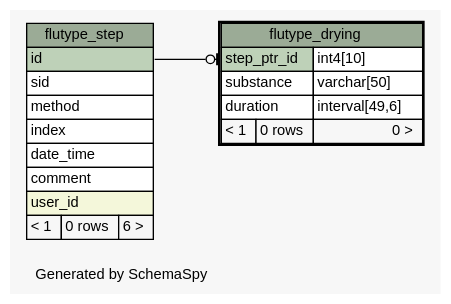
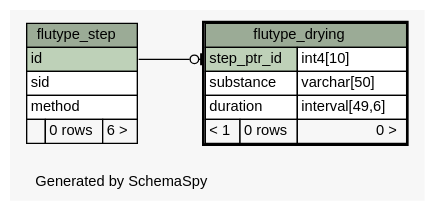
Before and after one commit to janekg89/flutype_webapp: the diagram in docs/schema/diagrams/flutype_drying.1degree.dot, drawn with Graphviz. The commit also changed 137 other files, not shown here.

```diff
--- a/docs/schema/diagrams/flutype_drying.1degree.dot
+++ b/docs/schema/diagrams/flutype_drying.1degree.dot
@@ -1,51 +1,47 @@
 // dot 2.38.0 on Linux 4.10.0-27-generic
 // SchemaSpy rev 590
 digraph "oneDegreeRelationshipsDiagram" {
   graph [
     rankdir="RL"
     bgcolor="#f7f7f7"
     label="\nGenerated by SchemaSpy"
     labeljust="l"
     nodesep="0.18"
     ranksep="0.46"
     fontname="Helvetica"
     fontsize="11"
   ];
   node [
     fontname="Helvetica"
     fontsize="11"
     shape="plaintext"
   ];
   edge [
     arrowsize="0.8"
   ];
   "flutype_drying":"step_ptr_id":w -> "flutype_step":"id":e [arrowhead=none dir=back arrowtail=teeodot];
   "flutype_drying" [
     label=<
     <TABLE BORDER="2" CELLBORDER="1" CELLSPACING="0" BGCOLOR="#ffffff">
       <TR><TD COLSPAN="3" BGCOLOR="#9bab96" ALIGN="CENTER">flutype_drying</TD></TR>
       <TR><TD PORT="step_ptr_id" COLSPAN="2" BGCOLOR="#bed1b8" ALIGN="LEFT">step_ptr_id</TD><TD PORT="step_ptr_id.type" ALIGN="LEFT">int4[10]</TD></TR>
       <TR><TD PORT="substance" COLSPAN="2" ALIGN="LEFT">substance</TD><TD PORT="substance.type" ALIGN="LEFT">varchar[50]</TD></TR>
       <TR><TD PORT="duration" COLSPAN="2" ALIGN="LEFT">duration</TD><TD PORT="duration.type" ALIGN="LEFT">interval[49,6]</TD></TR>
       <TR><TD ALIGN="LEFT" BGCOLOR="#f7f7f7">&lt; 1</TD><TD ALIGN="RIGHT" BGCOLOR="#f7f7f7">0 rows</TD><TD ALIGN="RIGHT" BGCOLOR="#f7f7f7">0 &gt;</TD></TR>
     </TABLE>>
     URL="flutype_drying.html"
     tooltip="flutype_drying"
   ];
   "flutype_step" [
     label=<
     <TABLE BORDER="0" CELLBORDER="1" CELLSPACING="0" BGCOLOR="#ffffff">
       <TR><TD COLSPAN="3" BGCOLOR="#9bab96" ALIGN="CENTER">flutype_step</TD></TR>
       <TR><TD PORT="id" COLSPAN="3" BGCOLOR="#bed1b8" ALIGN="LEFT">id</TD></TR>
       <TR><TD PORT="sid" COLSPAN="3" ALIGN="LEFT">sid</TD></TR>
       <TR><TD PORT="method" COLSPAN="3" ALIGN="LEFT">method</TD></TR>
-      <TR><TD PORT="index" COLSPAN="3" ALIGN="LEFT">index</TD></TR>
-      <TR><TD PORT="date_time" COLSPAN="3" ALIGN="LEFT">date_time</TD></TR>
-      <TR><TD PORT="comment" COLSPAN="3" ALIGN="LEFT">comment</TD></TR>
-      <TR><TD PORT="user_id" COLSPAN="3" BGCOLOR="#f4f7da" ALIGN="LEFT">user_id</TD></TR>
-      <TR><TD ALIGN="LEFT" BGCOLOR="#f7f7f7">&lt; 1</TD><TD ALIGN="RIGHT" BGCOLOR="#f7f7f7">0 rows</TD><TD ALIGN="RIGHT" BGCOLOR="#f7f7f7">6 &gt;</TD></TR>
+      <TR><TD ALIGN="LEFT" BGCOLOR="#f7f7f7">  </TD><TD ALIGN="RIGHT" BGCOLOR="#f7f7f7">0 rows</TD><TD ALIGN="RIGHT" BGCOLOR="#f7f7f7">6 &gt;</TD></TR>
     </TABLE>>
     URL="flutype_step.html"
     tooltip="flutype_step"
   ];
 }
```
